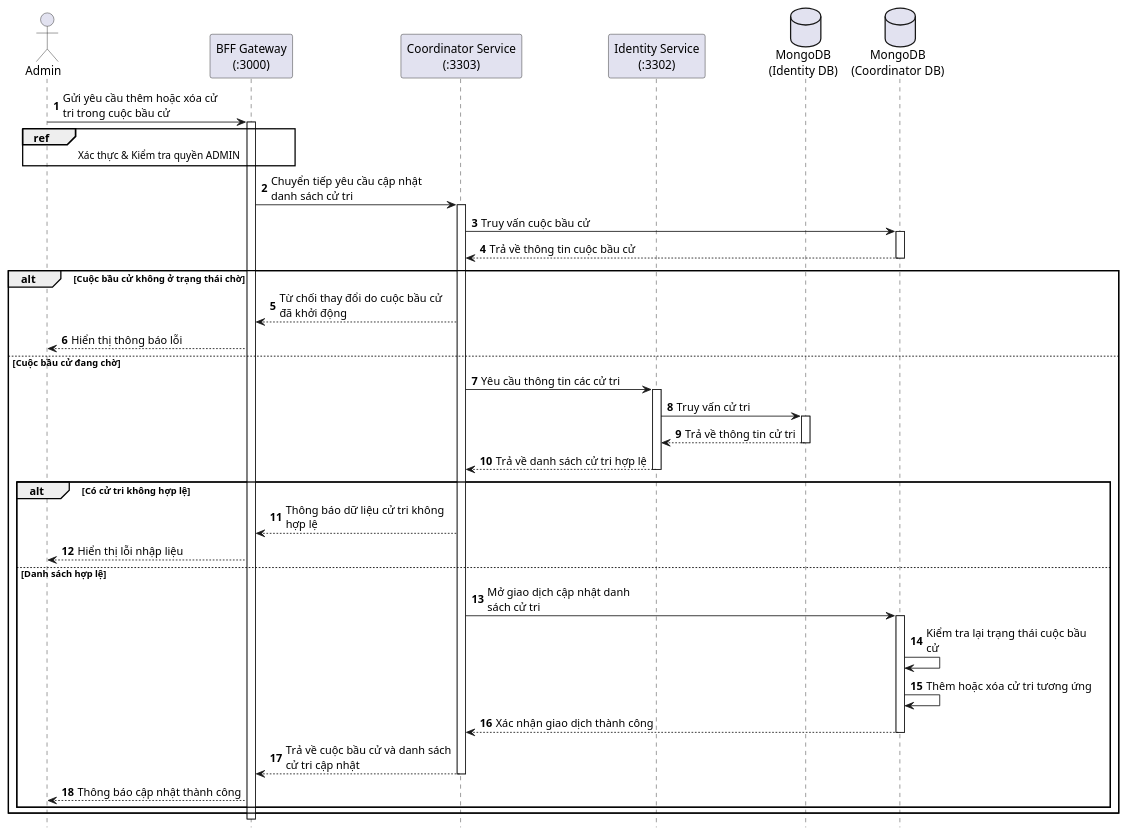
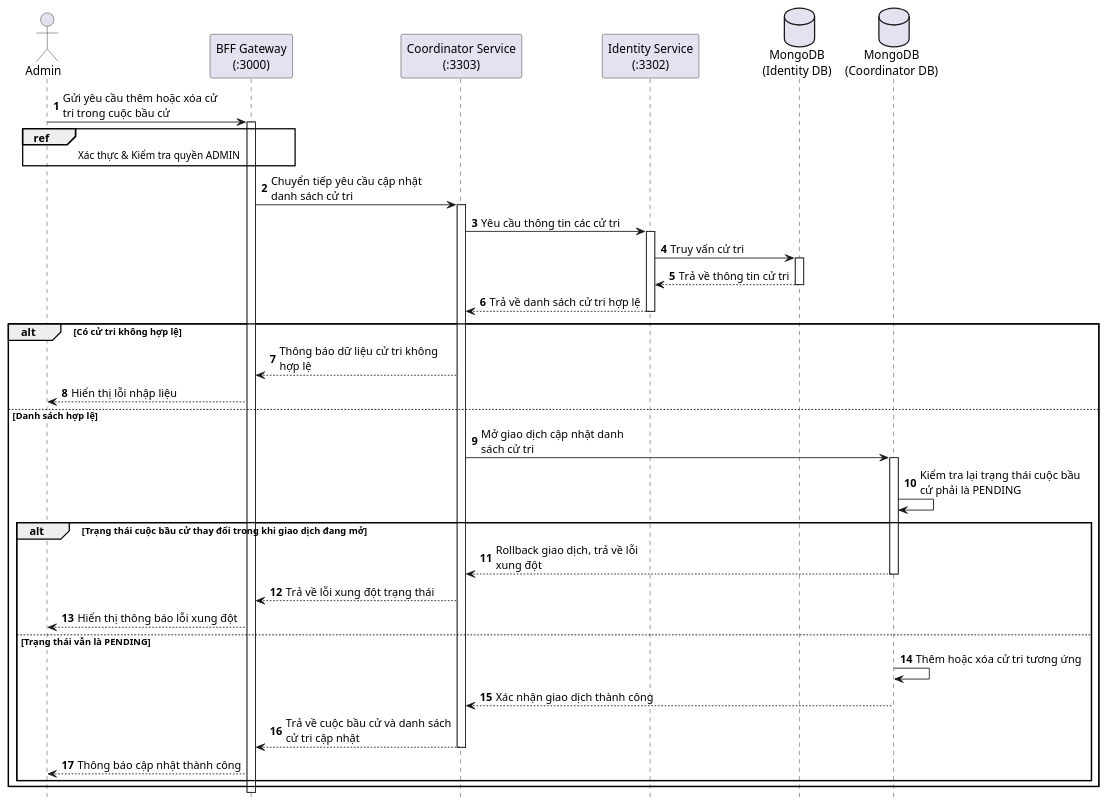
Before and after one commit to Tuienn/e-voting-latex: the diagram in PlantUML/Sequence/Quan-ly-cu-tri-trong-bau-cu.puml, drawn with PlantUML. The commit also changed 61 other files, not shown here.

```diff
--- a/PlantUML/Sequence/Quan-ly-cu-tri-trong-bau-cu.puml
+++ b/PlantUML/Sequence/Quan-ly-cu-tri-trong-bau-cu.puml
@@ -1,58 +1,56 @@
 @startuml QuanLyCuTriTrongBauCu
 hide footbox
 autonumber
 skinparam maxMessageSize 200
 
 actor "Admin " as Admin
 participant "BFF Gateway\n(:3000)" as BFF
 participant "Coordinator Service\n(:3303)" as Coordinator
 participant "Identity Service\n(:3302)" as Identity
 database "MongoDB\n(Identity DB)" as IdDB
 database "MongoDB\n(Coordinator DB)" as CoDB
 
 Admin -> BFF: Gửi yêu cầu thêm hoặc xóa cử tri trong cuộc bầu cử
 activate BFF
 
 ref over Admin, BFF : Xác thực & Kiểm tra quyền ADMIN
 
 BFF -> Coordinator: Chuyển tiếp yêu cầu cập nhật danh sách cử tri
 activate Coordinator
 
-Coordinator -> CoDB: Truy vấn cuộc bầu cử
-activate CoDB
-CoDB --> Coordinator: Trả về thông tin cuộc bầu cử
-deactivate CoDB
+Coordinator -> Identity: Yêu cầu thông tin các cử tri
+activate Identity
+Identity -> IdDB: Truy vấn cử tri
+activate IdDB
+IdDB --> Identity: Trả về thông tin cử tri
+deactivate IdDB
+Identity --> Coordinator: Trả về danh sách cử tri hợp lệ
+deactivate Identity
 
-alt Cuộc bầu cử không ở trạng thái chờ
-  Coordinator --> BFF: Từ chối thay đổi do cuộc bầu cử đã khởi động
-  BFF --> Admin: Hiển thị thông báo lỗi
-else Cuộc bầu cử đang chờ
-  Coordinator -> Identity: Yêu cầu thông tin các cử tri
-  activate Identity
-  Identity -> IdDB: Truy vấn cử tri
-  activate IdDB
-  IdDB --> Identity: Trả về thông tin cử tri
-  deactivate IdDB
-  Identity --> Coordinator: Trả về danh sách cử tri hợp lệ
-  deactivate Identity
+alt Có cử tri không hợp lệ
+  Coordinator --> BFF: Thông báo dữ liệu cử tri không hợp lệ
+  BFF --> Admin: Hiển thị lỗi nhập liệu
+else Danh sách hợp lệ
+  Coordinator -> CoDB: Mở giao dịch cập nhật danh sách cử tri
+  activate CoDB
+  CoDB -> CoDB: Kiểm tra lại trạng thái cuộc bầu cử phải là PENDING
 
-  alt Có cử tri không hợp lệ
-    Coordinator --> BFF: Thông báo dữ liệu cử tri không hợp lệ
-    BFF --> Admin: Hiển thị lỗi nhập liệu
-  else Danh sách hợp lệ
-    Coordinator -> CoDB: Mở giao dịch cập nhật danh sách cử tri
-    activate CoDB
-    CoDB -> CoDB: Kiểm tra lại trạng thái cuộc bầu cử
+  alt Trạng thái cuộc bầu cử thay đổi trong khi giao dịch đang mở
+    CoDB --> Coordinator: Rollback giao dịch, trả về lỗi xung đột
+    deactivate CoDB
+    Coordinator --> BFF: Trả về lỗi xung đột trạng thái
+    BFF --> Admin: Hiển thị thông báo lỗi xung đột
+  else Trạng thái vẫn là PENDING
     CoDB -> CoDB: Thêm hoặc xóa cử tri tương ứng
     CoDB --> Coordinator: Xác nhận giao dịch thành công
     deactivate CoDB
 
     Coordinator --> BFF: Trả về cuộc bầu cử và danh sách cử tri cập nhật
     deactivate Coordinator
 
     BFF --> Admin: Thông báo cập nhật thành công
   end
 end
 
 deactivate BFF
 @enduml
```
